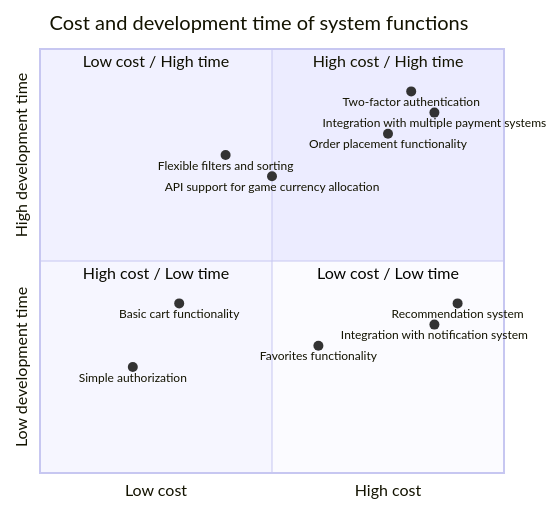
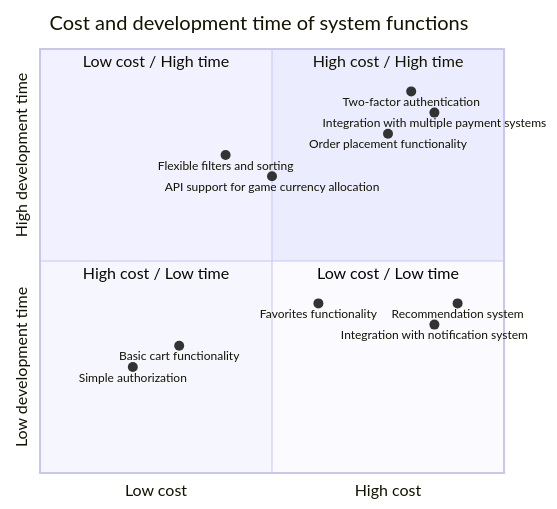
One commit to Malinadik/KPSS changed the third of 4 diagrams in README.md. Above: the diagram before and after it, drawn with Mermaid.

````diff
--- a/README.md
+++ b/README.md
@@ -110,21 +110,21 @@
 ```mermaid
 quadrantChart
     title Cost and development time of system functions
     x-axis Low cost --> High cost
     y-axis Low development time --> High development time
     quadrant-1 High cost / High time
     quadrant-2 Low cost / High time
     quadrant-3 High cost / Low time
     quadrant-4 Low cost / Low time
     
     Two-factor authentication: [0.8, 0.9]
     Integration with multiple payment systems: [0.85, 0.85]
     Order placement functionality: [0.75, 0.8]
     Flexible filters and sorting: [0.4, 0.75]
     API support for game currency allocation: [0.5, 0.7]
     Recommendation system: [0.9, 0.4]
     Integration with notification system: [0.85, 0.35]
-    Favorites functionality: [0.6, 0.3]
-    Basic cart functionality: [0.3, 0.4]
+    Favorites functionality: [0.6, 0.4]
+    Basic cart functionality: [0.3, 0.3]
     Simple authorization: [0.2, 0.25]
 ```
````
